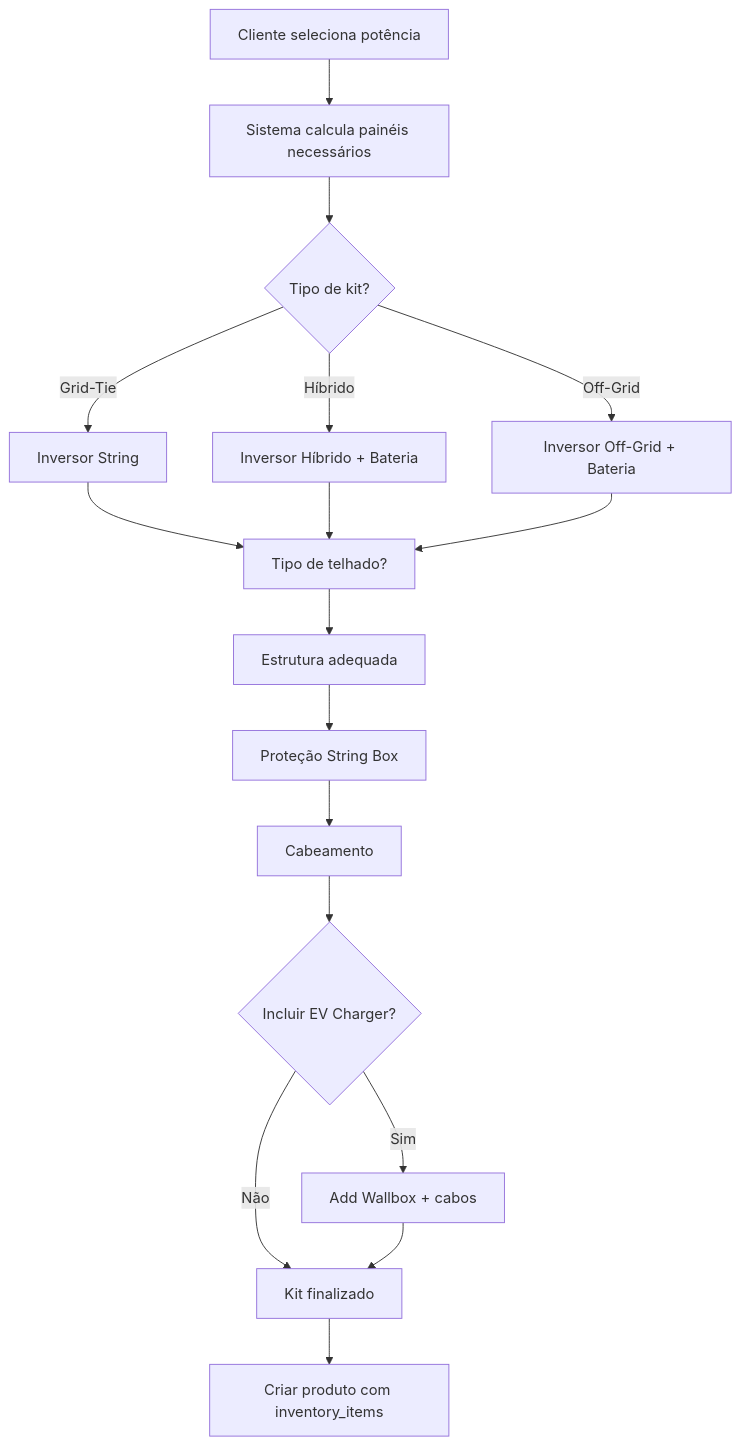
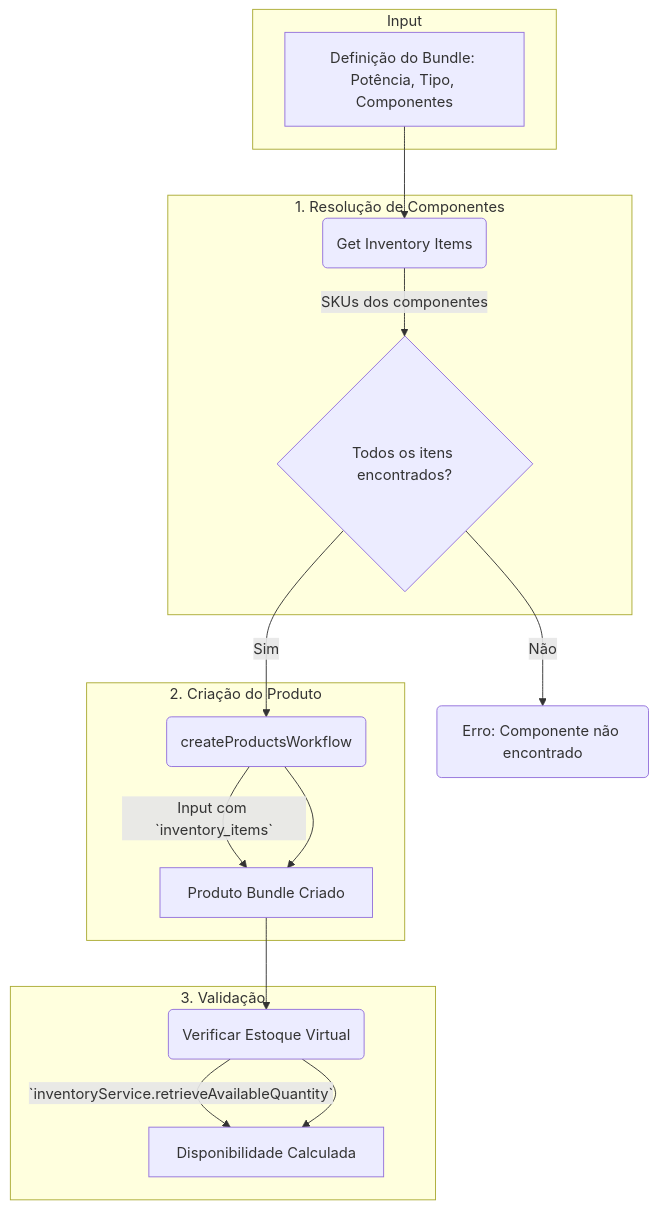
The diagram in backend/data/products-inventory/semantic/agents/kit-builder-agent.md (medusajs/b2b-starter-medusa), drawn with Mermaid before and after one commit. The commit also changed other lines of this file and 5 other files, not shown here.

First line of the commit message:
feat(backend,products-inventory): add Inventory Kits bundle schema and align docs/agents

````diff
--- a/backend/data/products-inventory/semantic/agents/kit-builder-agent.md
+++ b/backend/data/products-inventory/semantic/agents/kit-builder-agent.md
@@ -774,19 +163,25 @@
 ```mermaid
 graph TD
-    A[Cliente seleciona potência] --> B[Sistema calcula painéis necessários]
-    B --> C{Tipo de kit?}
-    C -->|Grid-Tie| D[Inversor String]
-    C -->|Híbrido| E[Inversor Híbrido + Bateria]
-    C -->|Off-Grid| F[Inversor Off-Grid + Bateria]
-    D --> G[Tipo de telhado?]
-    E --> G
+    subgraph Input
+        A[Definição do Bundle: Potência, Tipo, Componentes]
+    end
+
+    subgraph "1. Resolução de Componentes"
+        B(Get Inventory Items) -- SKUs dos componentes --> C{Todos os itens encontrados?}
+    end
+
+    subgraph "2. Criação do Produto"
+        D(createProductsWorkflow) -- Input com `inventory_items` --> E[Produto Bundle Criado]
+    end
+
+    subgraph "3. Validação"
+        F(Verificar Estoque Virtual) -- `inventoryService.retrieveAvailableQuantity` --> G[Disponibilidade Calculada]
+    end
+
+    A --> B
+    C -- Sim --> D
+    C -- Não --> H(Erro: Componente não encontrado)
+    D --> E
+    E --> F
     F --> G
-    G --> H[Estrutura adequada]
-    H --> I[Proteção String Box]
-    I --> J[Cabeamento]
-    J --> K{Incluir EV Charger?}
-    K -->|Sim| L[Add Wallbox + cabos]
-    K -->|Não| M[Kit finalizado]
-    L --> M
-    M --> N[Criar produto com inventory_items]
 ```
````
